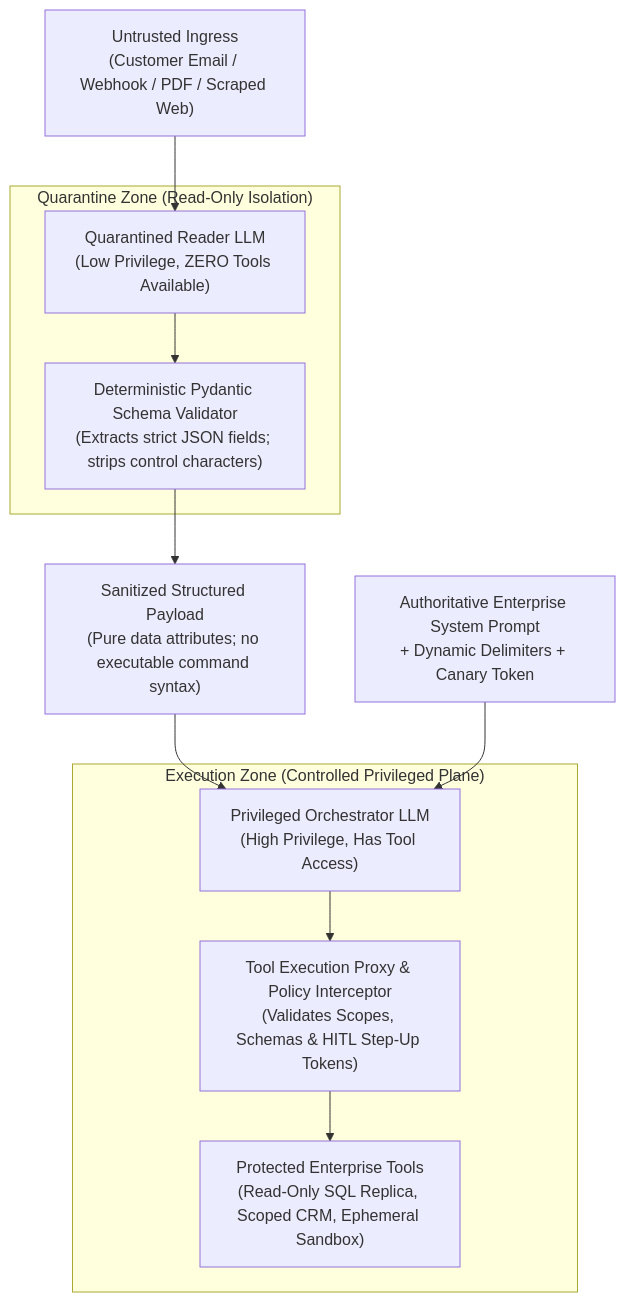
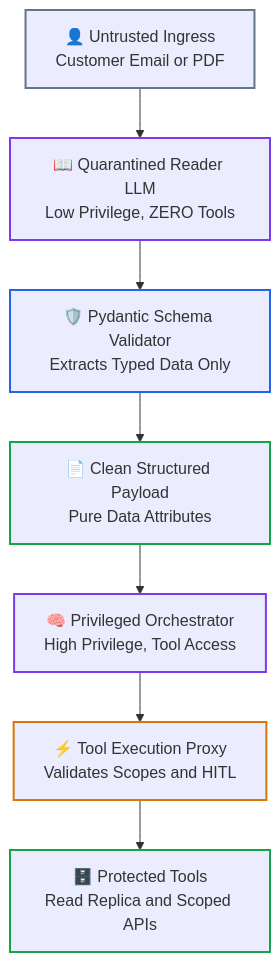
The second of 4 diagrams in 05-ai-security-and-guardrails/05-defensive-agent-architecture-and-privilege-separation.md (dip4k/senior-engineer-to-ai-engineer-roadmap), drawn with Mermaid before and after one commit. The commit also changed other lines of this file and 11 other files, not shown here.

First line of the commit message:
refactor(phase-05): AI security, guardrails, and trust architecture

````diff
--- a/05-ai-security-and-guardrails/05-defensive-agent-architecture-and-privilege-separation.md
+++ b/05-ai-security-and-guardrails/05-defensive-agent-architecture-and-privilege-separation.md
@@ -47,23 +68,17 @@
 ```mermaid
 flowchart TD
-    User["Untrusted Ingress<br/>(Customer Email / Webhook / PDF / Scraped Web)"] --> ReaderLLM
-    
-    subgraph QuarantineZone ["Quarantine Zone (Read-Only Isolation)"]
-        ReaderLLM["Quarantined Reader LLM<br/>(Low Privilege, ZERO Tools Available)"]
-        Sanitizer["Deterministic Pydantic Schema Validator<br/>(Extracts strict JSON fields; strips control characters)"]
-        ReaderLLM --> Sanitizer
-    end
-    
-    Sanitizer --> SafeContext["Sanitized Structured Payload<br/>(Pure data attributes; no executable command syntax)"]
-    
-    SafeContext --> OrchLLM
-    SystemPrompt["Authoritative Enterprise System Prompt<br/>+ Dynamic Delimiters + Canary Token"] --> OrchLLM
-    
-    subgraph ExecutionZone ["Execution Zone (Controlled Privileged Plane)"]
-        OrchLLM["Privileged Orchestrator LLM<br/>(High Privilege, Has Tool Access)"]
-        ToolProxy["Tool Execution Proxy & Policy Interceptor<br/>(Validates Scopes, Schemas & HITL Step-Up Tokens)"]
-        EnterpriseTools["Protected Enterprise Tools<br/>(Read-Only SQL Replica, Scoped CRM, Ephemeral Sandbox)"]
-        OrchLLM --> ToolProxy
-        ToolProxy --> EnterpriseTools
-    end
+    User["👤 Untrusted Ingress<br/>Customer Email or PDF"] --> Reader["📖 Quarantined Reader LLM<br/>Low Privilege, ZERO Tools"]
+    Reader --> Validator["🛡️ Pydantic Schema Validator<br/>Extracts Typed Data Only"]
+    Validator --> SafePayload["📄 Clean Structured Payload<br/>Pure Data Attributes"]
+    SafePayload --> Orch["🧠 Privileged Orchestrator<br/>High Privilege, Tool Access"]
+    Orch --> Proxy["⚡ Tool Execution Proxy<br/>Validates Scopes and HITL"]
+    Proxy --> Tools["🗄️ Protected Tools<br/>Read Replica and Scoped APIs"]
+
+    style User stroke:#64748b,stroke-width:2px
+    style Reader stroke:#7c3aed,stroke-width:2px
+    style Validator stroke:#2563eb,stroke-width:2px
+    style SafePayload stroke:#16a34a,stroke-width:2px
+    style Orch stroke:#7c3aed,stroke-width:2px
+    style Proxy stroke:#d97706,stroke-width:2px
+    style Tools stroke:#16a34a,stroke-width:2px
 ```
````
